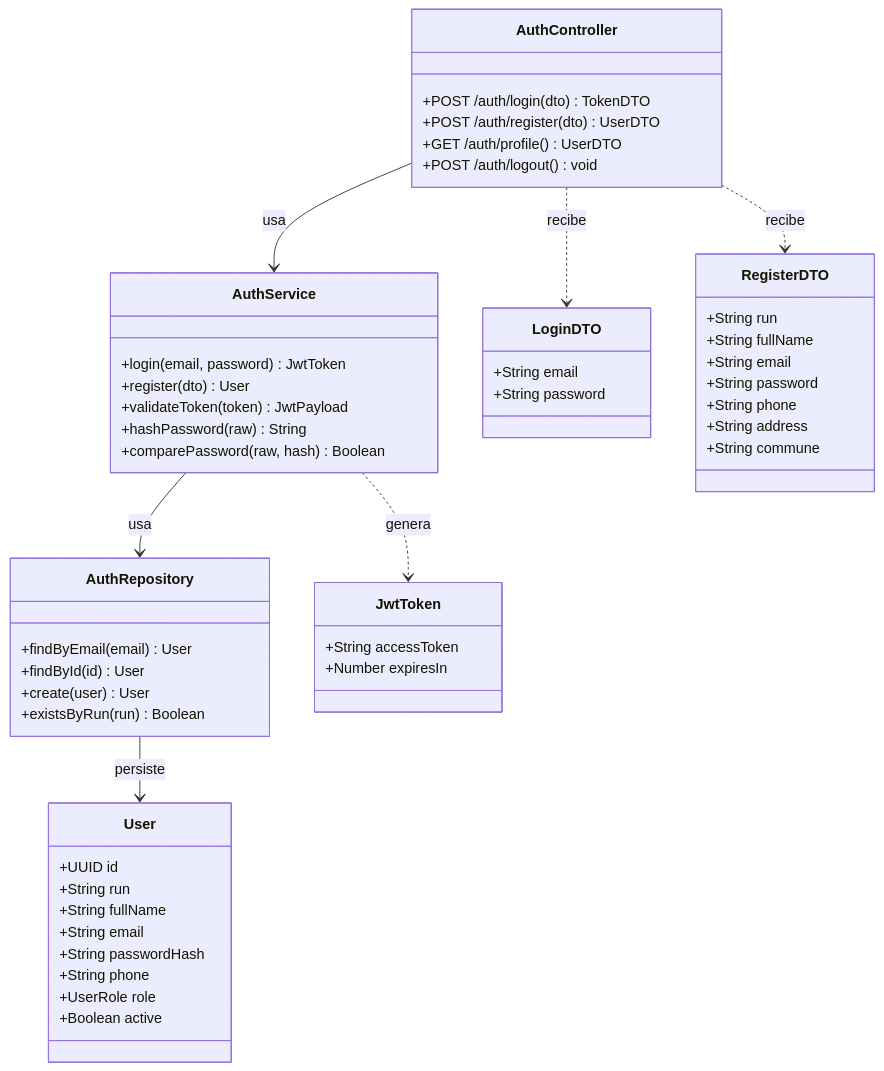
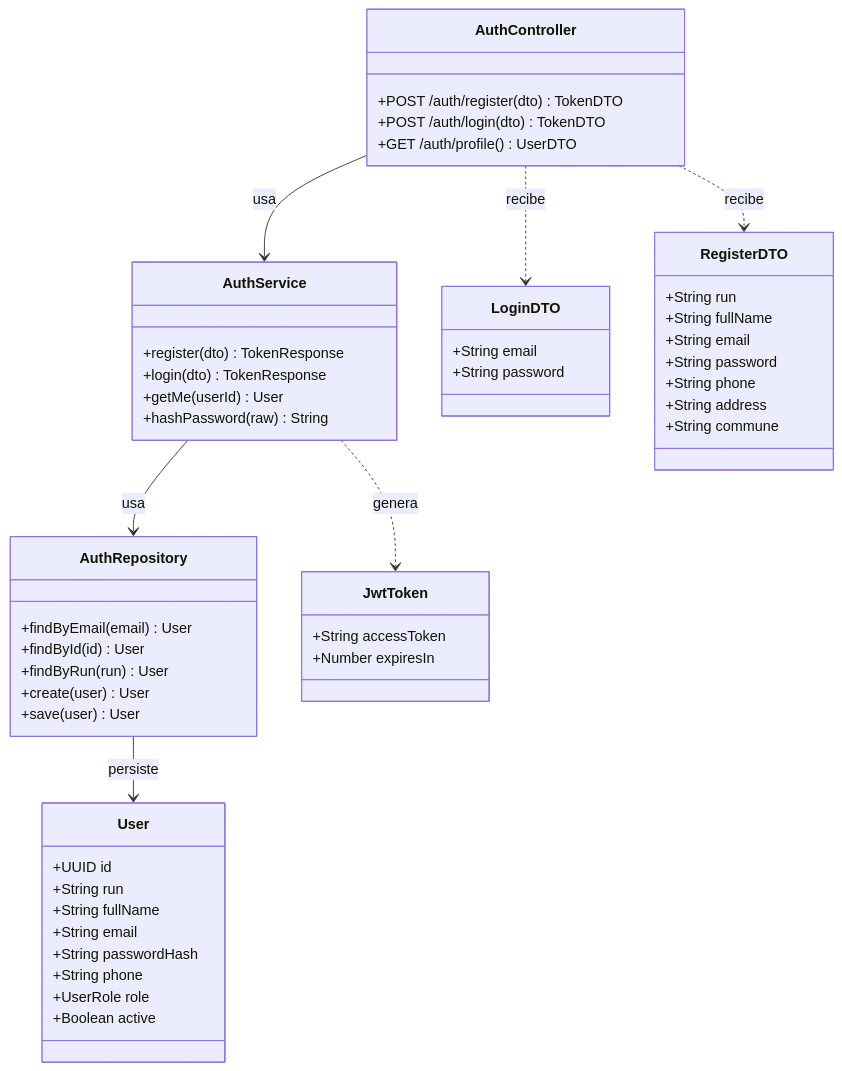
Before and after one commit to holyusm/INF-301-WWW: the fourth of 12 diagrams in BackEnd-Arquitectura.md, drawn with Mermaid. The commit also changed other lines of this file, not shown here.

````diff
--- a/BackEnd-Arquitectura.md
+++ b/BackEnd-Arquitectura.md
@@ -304,62 +312,61 @@
 ```mermaid
 classDiagram
     class AuthController {
+        +POST /auth/register(dto) TokenDTO
         +POST /auth/login(dto) TokenDTO
-        +POST /auth/register(dto) UserDTO
         +GET /auth/profile() UserDTO
-        +POST /auth/logout() void
     }
 
     class AuthService {
-        +login(email, password) JwtToken
-        +register(dto) User
-        +validateToken(token) JwtPayload
+        +register(dto) TokenResponse
+        +login(dto) TokenResponse
+        +getMe(userId) User
         +hashPassword(raw) String
-        +comparePassword(raw, hash) Boolean
     }
 
     class AuthRepository {
         +findByEmail(email) User
         +findById(id) User
+        +findByRun(run) User
         +create(user) User
-        +existsByRun(run) Boolean
+        +save(user) User
     }
 
     class User {
         +UUID id
         +String run
         +String fullName
         +String email
         +String passwordHash
         +String phone
         +UserRole role
         +Boolean active
-    }
-
-    class JwtToken {
-        +String accessToken
-        +Number expiresIn
     }
 
     class LoginDTO {
         +String email
         +String password
     }
 
     class RegisterDTO {
         +String run
         +String fullName
         +String email
         +String password
         +String phone
         +String address
         +String commune
     }
 
+    class JwtToken {
+        +String accessToken
+        +Number expiresIn
+    }
+
     AuthController --> AuthService : usa
     AuthService --> AuthRepository : usa
     AuthRepository --> User : persiste
     AuthService ..> JwtToken : genera
     AuthController ..> LoginDTO : recibe
     AuthController ..> RegisterDTO : recibe
 ```
````
